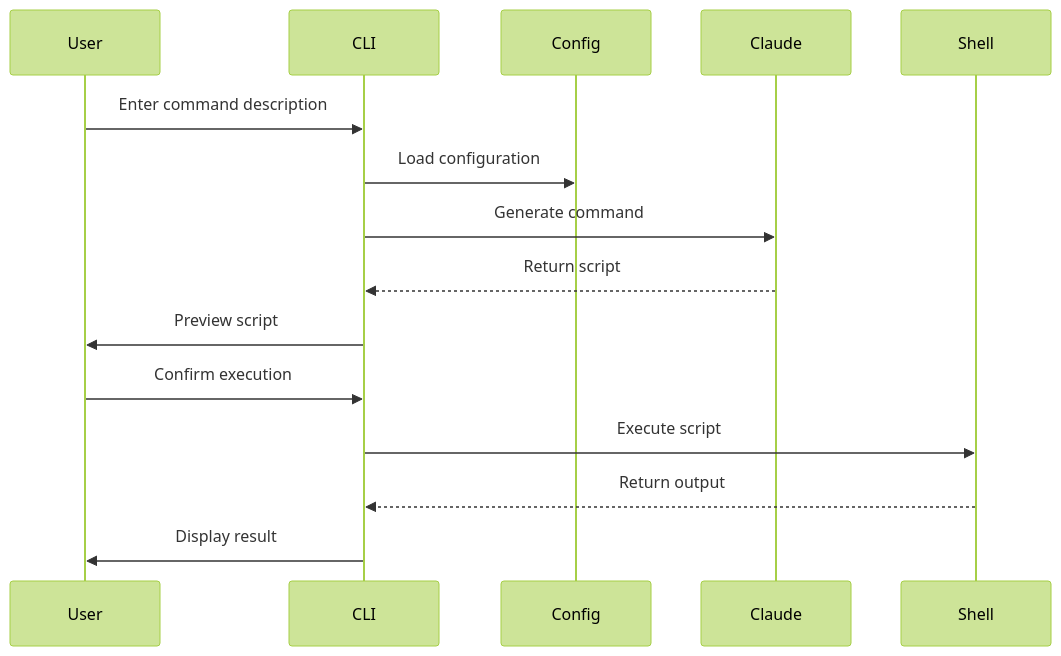
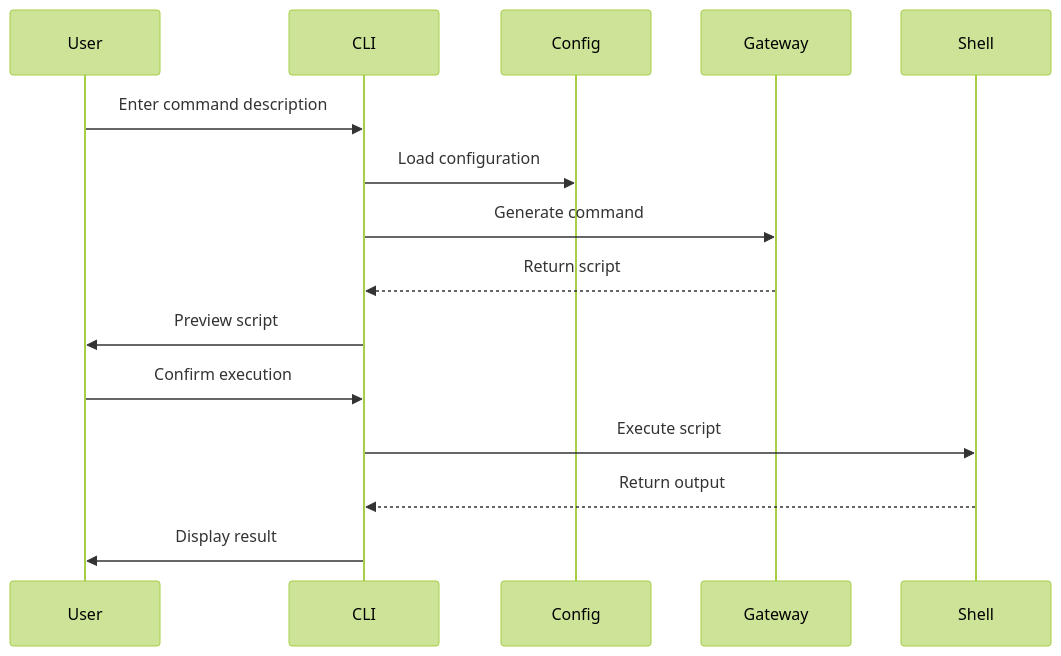
One commit to 0x4007/plz-cli changed the second of 2 diagrams in docs/system-patterns.md. Above: the diagram before and after it, drawn with Mermaid (forest theme). The commit also changed other lines of this file and 12 other files, not shown here.

````diff
--- a/docs/system-patterns.md
+++ b/docs/system-patterns.md
@@ -93,18 +95,18 @@
 ```mermaid
 sequenceDiagram
     participant User
     participant CLI
     participant Config
-    participant Claude
+    participant Gateway
     participant Shell
 
     User->>CLI: Enter command description
     CLI->>Config: Load configuration
-    CLI->>Claude: Generate command
-    Claude-->>CLI: Return script
+    CLI->>Gateway: Generate command
+    Gateway-->>CLI: Return script
     CLI->>User: Preview script
     User->>CLI: Confirm execution
     CLI->>Shell: Execute script
     Shell-->>CLI: Return output
     CLI->>User: Display result
 ```
````
